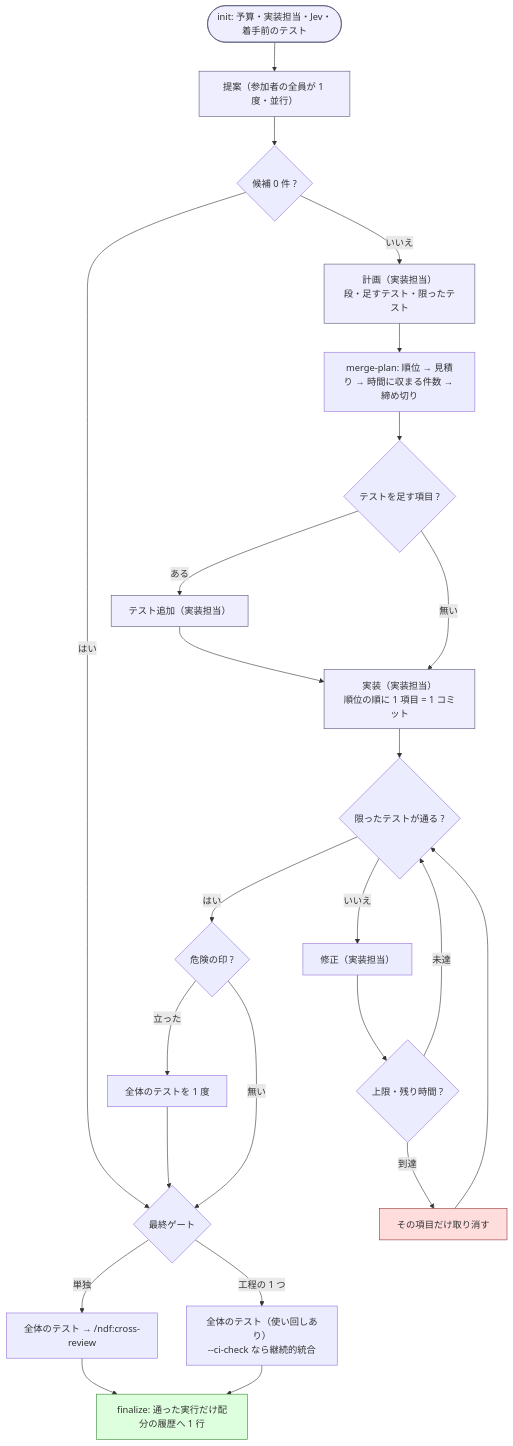
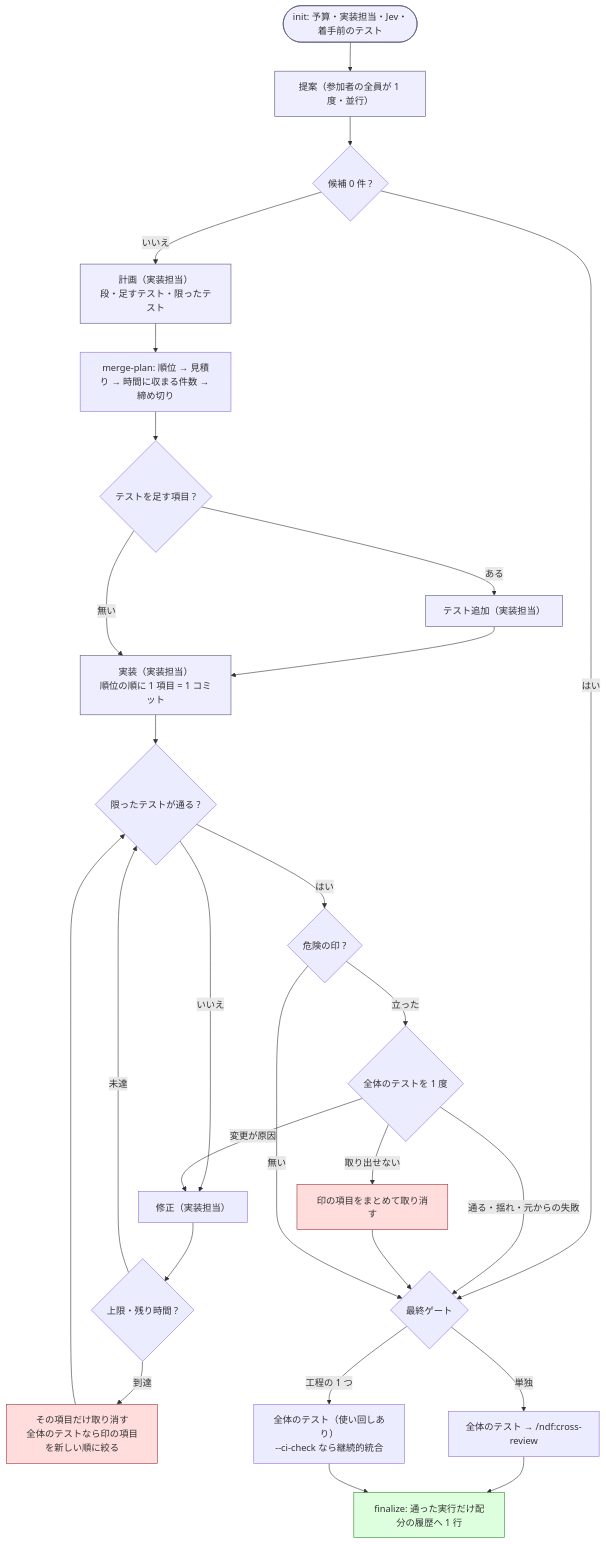
The diagram in plugins/ndf/skills/cross-refactoring/SKILL.md (devbasex/ai-plugins), drawn with Mermaid before and after one commit. The commit also changed other lines of this file and 7 other files, not shown here.

````diff
--- a/plugins/ndf/skills/cross-refactoring/SKILL.md
+++ b/plugins/ndf/skills/cross-refactoring/SKILL.md
@@ -140,26 +139,29 @@
 ```mermaid
 flowchart TD
     Init([init: 予算・実装担当・Jev・着手前のテスト]):::phase --> P
     P["提案（参加者の全員が 1 度・並行）"]:::phase --> MP{"候補 0 件 ?"}
     MP -->|はい| Gate
     MP -->|いいえ| Plan["計画（実装担当）<br/>段・足すテスト・限ったテスト"]:::phase
     Plan --> Sel["merge-plan: 順位 → 見積り → 時間に収まる件数 → 締め切り"]
     Sel --> T{"テストを足す項目 ?"}
     T -->|ある| AT["テスト追加（実装担当）"]:::phase --> Impl
     T -->|無い| Impl["実装（実装担当）<br/>順位の順に 1 項目 = 1 コミット"]:::phase
     Impl --> V{"限ったテストが通る ?"}
     V -->|いいえ| Fix["修正（実装担当）"] --> Cap{"上限・残り時間 ?"}
     Cap -->|未達| V
-    Cap -->|到達| Drop["その項目だけ取り消す"]:::stop --> V
+    Cap -->|到達| Drop["その項目だけ取り消す<br/>全体のテストなら印の項目を新しい順に絞る"]:::stop --> V
     V -->|はい| D{"危険の印 ?"}
-    D -->|立った| W["全体のテストを 1 度"] --> Gate
+    D -->|立った| W{"全体のテストを 1 度"}
+    W -->|通る・揺れ・元からの失敗| Gate
+    W -->|変更が原因| Fix
+    W -->|取り出せない| DropAll["印の項目をまとめて取り消す"]:::stop --> Gate
     D -->|無い| Gate{"最終ゲート"}
     Gate -->|単独| CR["全体のテスト → /ndf:cross-review"]
     Gate -->|工程の 1 つ| Whole["全体のテスト（使い回しあり）<br/>--ci-check なら継続的統合"]
     CR --> Fin["finalize: 通った実行だけ配分の履歴へ 1 行"]:::ok
     Whole --> Fin
 
     classDef phase fill:#eef,stroke:#557
     classDef ok fill:#dfd,stroke:#383
     classDef stop fill:#fdd,stroke:#933
 ```
````
